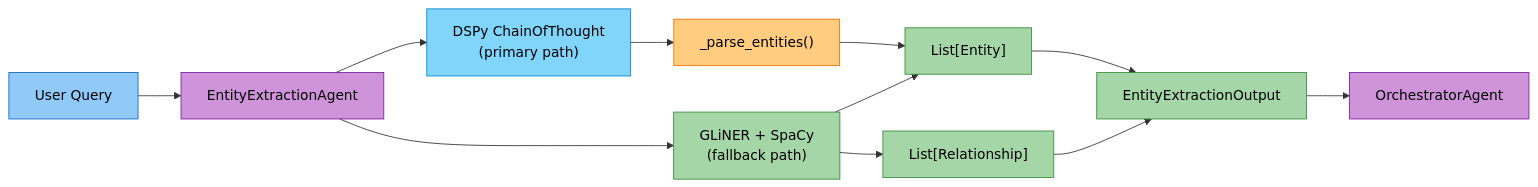
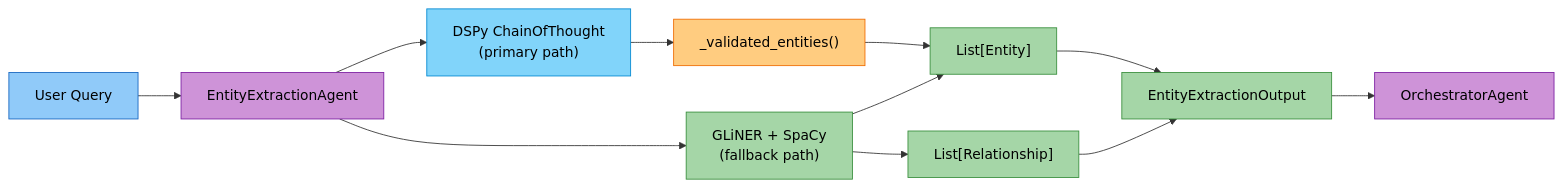
The fifth of 18 diagrams in docs/modules/agents.md (amit-jain/cogniverse), drawn with Mermaid before and after one commit. The commit also changed other lines of this file and 17 other files, not shown here.

````diff
--- a/docs/modules/agents.md
+++ b/docs/modules/agents.md
@@ -1008,27 +1019,27 @@
 ```mermaid
 flowchart LR
     Query["<span style='color:#000'>User Query</span>"] --> EntityAgent["<span style='color:#000'>EntityExtractionAgent</span>"]
 
     EntityAgent --> DSPy["<span style='color:#000'>DSPy ChainOfThought<br/>(primary path)</span>"]
     EntityAgent --> FastPath["<span style='color:#000'>GLiNER + SpaCy<br/>(fallback path)</span>"]
 
     FastPath --> Entities["<span style='color:#000'>List[Entity]</span>"]
     FastPath --> Rels["<span style='color:#000'>List[Relationship]</span>"]
-    DSPy --> ParseEntities["<span style='color:#000'>_parse_entities()</span>"]
-    ParseEntities --> Entities
+    DSPy --> ValidateEntities["<span style='color:#000'>_validated_entities()</span>"]
+    ValidateEntities --> Entities
 
     Entities --> Output["<span style='color:#000'>EntityExtractionOutput</span>"]
     Rels --> Output
 
     Output --> Orchestrator["<span style='color:#000'>OrchestratorAgent</span>"]
 
     style Query fill:#90caf9,stroke:#1565c0,color:#000
     style EntityAgent fill:#ce93d8,stroke:#7b1fa2,color:#000
     style FastPath fill:#a5d6a7,stroke:#388e3c,color:#000
     style DSPy fill:#81d4fa,stroke:#0288d1,color:#000
-    style ParseEntities fill:#ffcc80,stroke:#ef6c00,color:#000
+    style ValidateEntities fill:#ffcc80,stroke:#ef6c00,color:#000
     style Entities fill:#a5d6a7,stroke:#388e3c,color:#000
     style Rels fill:#a5d6a7,stroke:#388e3c,color:#000
     style Output fill:#a5d6a7,stroke:#388e3c,color:#000
     style Orchestrator fill:#ce93d8,stroke:#7b1fa2,color:#000
 ```
````
